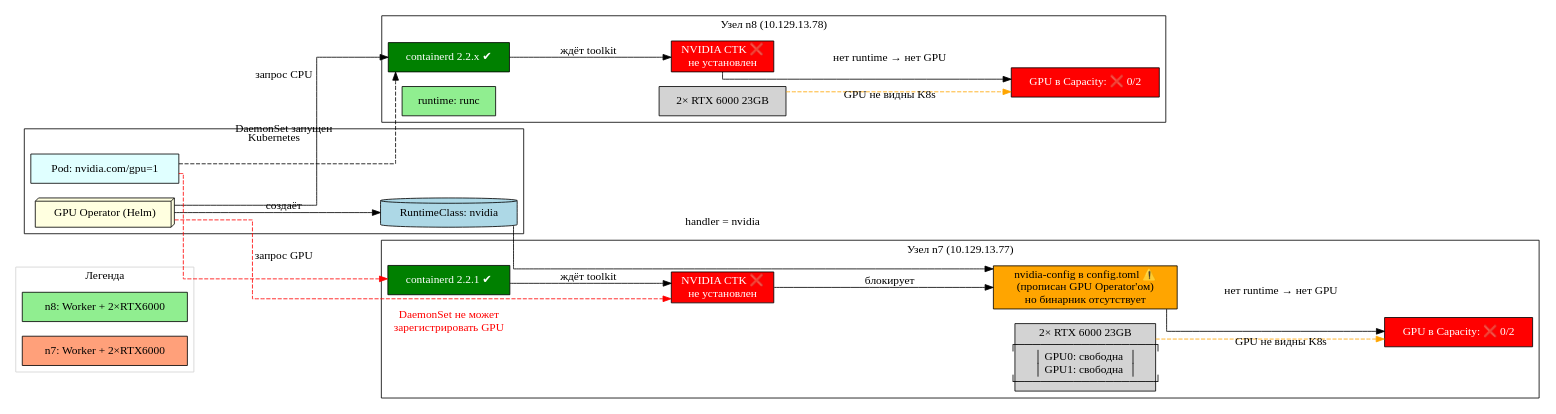
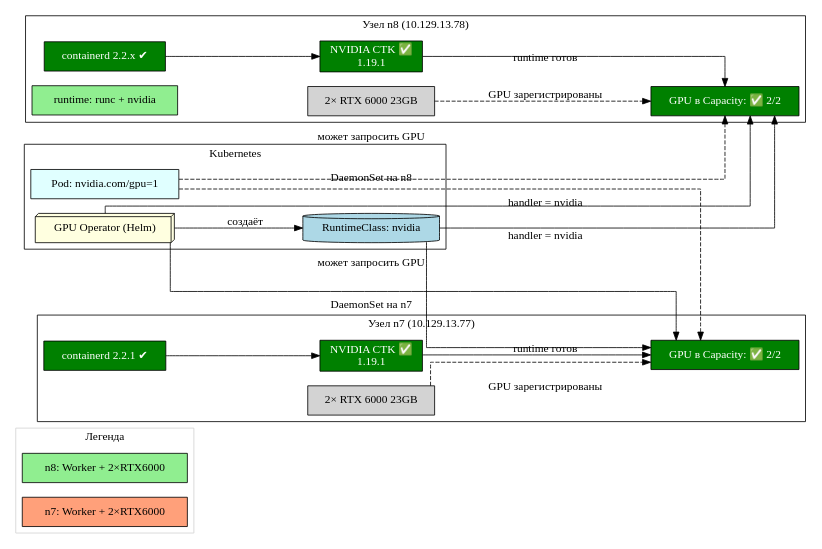
One commit to dedvmedved-dot/aither-project changed the first of 2 diagrams in aither-v2/02-containerd-nvidia-runtime/README.md. Above: the diagram before and after it, drawn with Graphviz. The commit also changed other lines of this file and 1 other file, not shown here.

Commit message:
docs: FINAL state for 02-containerd-nvidia-runtime — both nodes operational (GPU 2/2)

````diff
--- a/aither-v2/02-containerd-nvidia-runtime/README.md
+++ b/aither-v2/02-containerd-nvidia-runtime/README.md
@@ -293,60 +314,59 @@
 ```dot
 // Этап 2: Containerd + NVIDIA Runtime — компоненты и связи
 // Сохранено: docs/diagrams/02-containerd-nvidia-runtime.dot
 
 digraph G {
     rankdir=LR;
     splines=ortho;
     node [shape=box, style=rounded];
     ranksep=1.2;
 
     subgraph cluster_legend {
         label="Легенда";
         color=lightgrey;
         n8 [label="n8: Worker + 2×RTX6000", shape=box, style=filled, fillcolor=lightgreen];
         n7 [label="n7: Worker + 2×RTX6000", shape=box, style=filled, fillcolor=lightsalmon];
     }
 
     subgraph cluster_k8s {
         label="Kubernetes";
         runtimeclass [label="RuntimeClass: nvidia", shape=cylinder, style=filled, fillcolor=lightblue];
         gpu_op [label="GPU Operator (Helm)", shape=box3d, style=filled, fillcolor=lightyellow];
         pod_gpu [label="Pod: nvidia.com/gpu=1", shape=box, style=filled, fillcolor=lightcyan];
     }
 
     subgraph cluster_n8 {
         label="Узел n8 (10.129.13.78)";
         containerd_n8 [label="containerd 2.2.x ✔", shape=box, style=filled, fillcolor=green, fontcolor=white];
-        ctr_n8 [label="runtime: runc", shape=box, style=filled, fillcolor=lightgreen];
-        nvidia_ctk_n8 [label="NVIDIA CTK ❌\nне установлен", shape=box, style=filled, fillcolor=red, fontcolor=white];
+        ctr_n8 [label="runtime: runc + nvidia", shape=box, style=filled, fillcolor=lightgreen];
+        nvidia_ctk_n8 [label="NVIDIA CTK ✅\n1.19.1", shape=box, style=filled, fillcolor=green, fontcolor=white];
         gpu_hw_n8 [label="2× RTX 6000 23GB", shape=box, style=filled, fillcolor=lightgrey];
-        no_gpu_k8s_n8 [label="GPU в Capacity: ❌ 0/2", shape=box, style=filled, fillcolor=red, fontcolor=white];
+        gpu_ok_n8 [label="GPU в Capacity: ✅ 2/2", shape=box, style=filled, fillcolor=green, fontcolor=white];
 
-        containerd_n8 -> nvidia_ctk_n8 [label="ждёт toolkit"];
-        nvidia_ctk_n8 -> no_gpu_k8s_n8 [label="нет runtime → нет GPU"];
-        gpu_hw_n8 -> no_gpu_k8s_n8 [label="GPU не видны K8s", style=dashed, color=orange];
+        containerd_n8 -> nvidia_ctk_n8;
+        nvidia_ctk_n8 -> gpu_ok_n8 [label="runtime готов"];
+        gpu_hw_n8 -> gpu_ok_n8 [label="GPU зарегистрированы", style=dashed];
     }
 
     subgraph cluster_n7 {
         label="Узел n7 (10.129.13.77)";
         containerd_n7 [label="containerd 2.2.1 ✔", shape=box, style=filled, fillcolor=green, fontcolor=white];
-        nvidia_ctk_missing [label="NVIDIA CTK ❌\nне установлен", shape=box, style=filled, fillcolor=red, fontcolor=white];
-        nvidia_runtime [label="nvidia-config в config.toml ⚠️\n(прописан GPU Operator'ом)\nно бинарник отсутствует", shape=box, style=filled, fillcolor=orange];
-        gpu_hw [label="2× RTX 6000 23GB\n┌─────────────────┐\n│ GPU0: свободна  │\n│ GPU1: свободна  │\n└─────────────────┘", shape=box, style=filled, fillcolor=lightgrey];
-        no_gpu_k8s [label="GPU в Capacity: ❌ 0/2", shape=box, style=filled, fillcolor=red, fontcolor=white];
+        nvidia_ctk_n7 [label="NVIDIA CTK ✅\n1.19.1", shape=box, style=filled, fillcolor=green, fontcolor=white];
+        gpu_hw_n7 [label="2× RTX 6000 23GB", shape=box, style=filled, fillcolor=lightgrey];
+        gpu_ok_n7 [label="GPU в Capacity: ✅ 2/2", shape=box, style=filled, fillcolor=green, fontcolor=white];
 
-        containerd_n7 -> nvidia_ctk_missing [label="ждёт toolkit"];
-        nvidia_ctk_missing -> nvidia_runtime [label="блокирует"];
-        nvidia_runtime -> no_gpu_k8s [label="нет runtime → нет GPU"];
-        gpu_hw -> no_gpu_k8s [label="GPU не видны K8s", style=dashed, color=orange];
+        containerd_n7 -> nvidia_ctk_n7;
+        nvidia_ctk_n7 -> gpu_ok_n7 [label="runtime готов"];
+        gpu_hw_n7 -> gpu_ok_n7 [label="GPU зарегистрированы", style=dashed];
     }
 
     // Связи кластера
     gpu_op -> runtimeclass [label="создаёт"];
-    gpu_op -> containerd_n8 [label="DaemonSet запущен"];
-    gpu_op -> nvidia_ctk_missing [label="DaemonSet не может\nзарегистрировать GPU", style=dashed, color=red, fontcolor=red];
-    runtimeclass -> nvidia_runtime [label="handler = nvidia"];
-    pod_gpu -> containerd_n7 [label="запрос GPU", style=dashed, color=red];
-    pod_gpu -> containerd_n8 [label="запрос CPU", style=dashed];
+    gpu_op -> gpu_ok_n8 [label="DaemonSet на n8"];
+    gpu_op -> gpu_ok_n7 [label="DaemonSet на n7"];
+    runtimeclass -> gpu_ok_n8 [label="handler = nvidia"];
+    runtimeclass -> gpu_ok_n7 [label="handler = nvidia"];
+    pod_gpu -> gpu_ok_n8 [label="может запросить GPU", style=dashed];
+    pod_gpu -> gpu_ok_n7 [label="может запросить GPU", style=dashed];
 }
 ```
````
